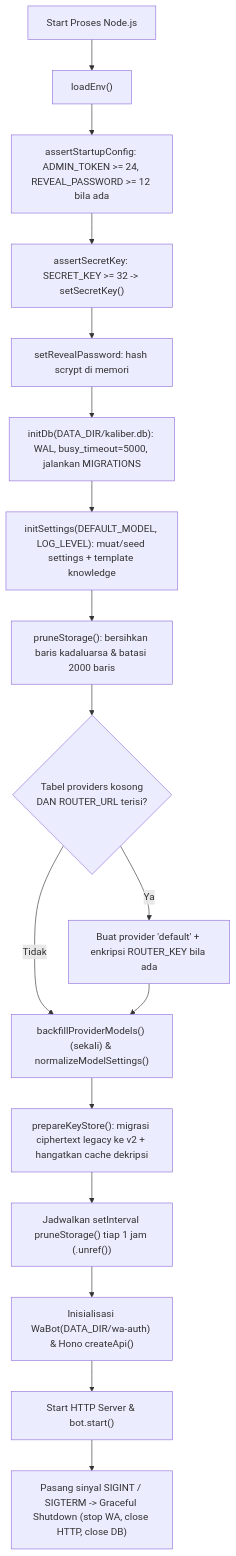
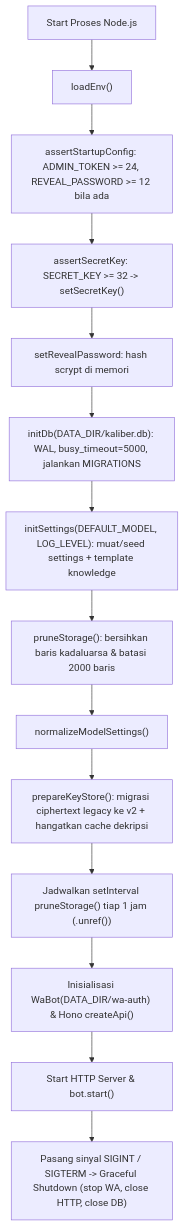
Before and after one commit to ricoagista/kaliber-bot: the first of 3 diagrams in PRD.md, drawn with Mermaid. The commit also changed other lines of this file and 15 other files, not shown here.

````diff
--- a/PRD.md
+++ b/PRD.md
@@ -68,19 +66,16 @@
 ```mermaid
 flowchart TD
     A["Start Proses Node.js"] --> B["loadEnv()"]
     B --> C["assertStartupConfig: ADMIN_TOKEN >= 24, REVEAL_PASSWORD >= 12 bila ada"]
     C --> D["assertSecretKey: SECRET_KEY >= 32 -> setSecretKey()"]
     D --> E["setRevealPassword: hash scrypt di memori"]
     E --> F["initDb(DATA_DIR/kaliber.db): WAL, busy_timeout=5000, jalankan MIGRATIONS"]
     F --> G["initSettings(DEFAULT_MODEL, LOG_LEVEL): muat/seed settings + template knowledge"]
     G --> H["pruneStorage(): bersihkan baris kadaluarsa & batasi 2000 baris"]
-    H --> I{"Tabel providers kosong\nDAN ROUTER_URL terisi?"}
-    I -- Ya --> J["Buat provider 'default' + enkripsi ROUTER_KEY bila ada"]
-    I -- Tidak --> K["backfillProviderModels() (sekali) & normalizeModelSettings()"]
-    J --> K
+    H --> K["normalizeModelSettings()"]
     K --> L["prepareKeyStore(): migrasi ciphertext legacy ke v2 + hangatkan cache dekripsi"]
     L --> M["Jadwalkan setInterval pruneStorage() tiap 1 jam (.unref())"]
     M --> N["Inisialisasi WaBot(DATA_DIR/wa-auth) & Hono createApi()"]
     N --> O["Start HTTP Server & bot.start()"]
     O --> P["Pasang sinyal SIGINT / SIGTERM -> Graceful Shutdown (stop WA, close HTTP, close DB)"]
 ```
````
